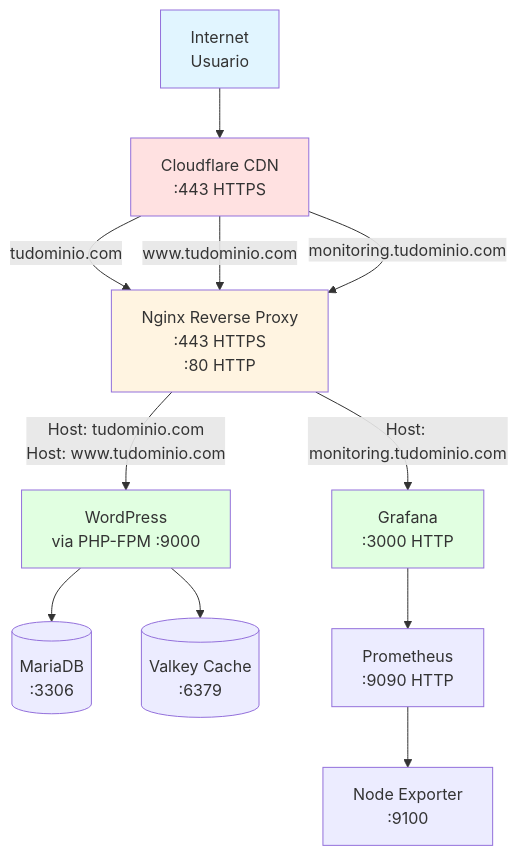
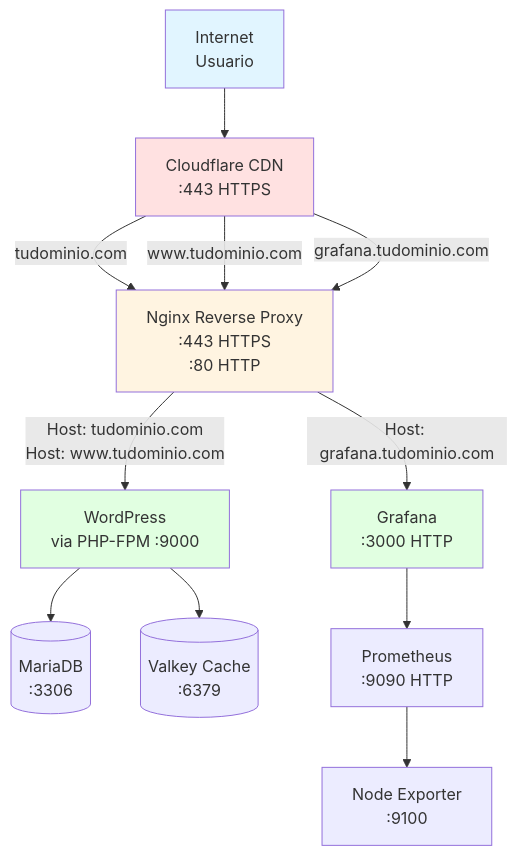
Diagram 17 of 25 in docs/guides/DEPLOYMENT_GUIDE.md (malpanez/hetzner-secure-infrastructure), drawn with Mermaid before and after one commit. The commit also changed other lines of this file and 38 other files, not shown here.

````diff
--- a/docs/guides/DEPLOYMENT_GUIDE.md
+++ b/docs/guides/DEPLOYMENT_GUIDE.md
@@ -1484,23 +1464,23 @@
 ```mermaid
 flowchart TB
     Internet[Internet<br/>Usuario] --> CF[Cloudflare CDN<br/>:443 HTTPS]
 
     CF --> |tudominio.com| Nginx[Nginx Reverse Proxy<br/>:443 HTTPS<br/>:80 HTTP]
     CF --> |www.tudominio.com| Nginx
-    CF --> |monitoring.tudominio.com| Nginx
+    CF --> |grafana.tudominio.com| Nginx
 
     Nginx --> |Host: tudominio.com<br/>Host: www.tudominio.com| WP[WordPress<br/>via PHP-FPM :9000]
-    Nginx --> |Host: monitoring.tudominio.com| Graf[Grafana<br/>:3000 HTTP]
+    Nginx --> |Host: grafana.tudominio.com| Graf[Grafana<br/>:3000 HTTP]
 
     WP --> DB[(MariaDB<br/>:3306)]
     WP --> Cache[(Valkey Cache<br/>:6379)]
 
     Graf --> Prom[Prometheus<br/>:9090 HTTP]
     Prom --> Node[Node Exporter<br/>:9100]
 
     style Internet fill:#e1f5ff
     style CF fill:#ffe1e1
     style Nginx fill:#fff4e1
     style WP fill:#e1ffe1
     style Graf fill:#e1ffe1
 ```
````
